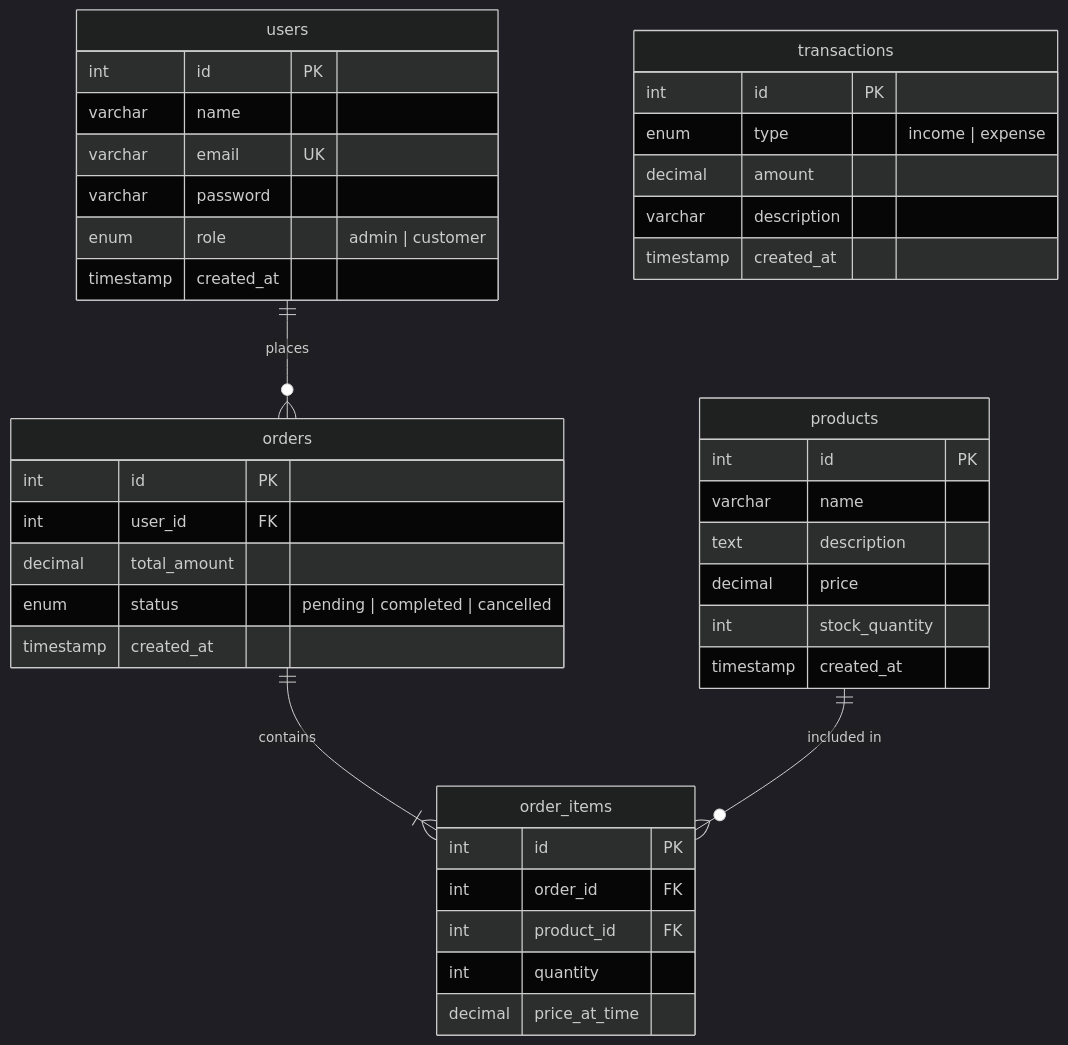
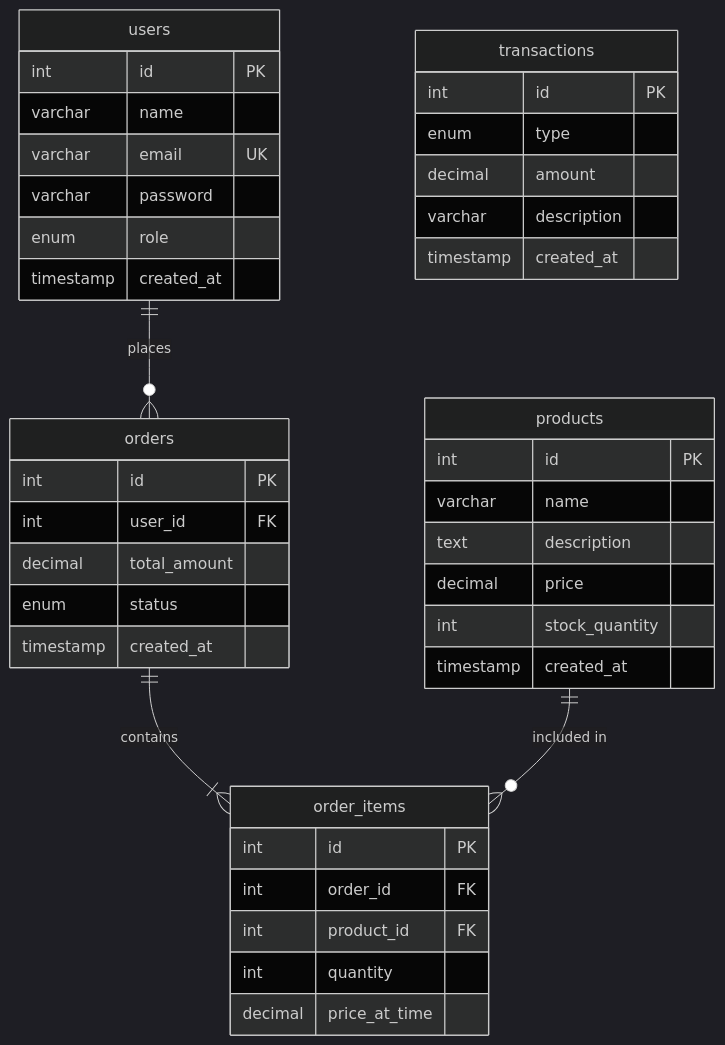
The diagram in README.md (shwet1808/GrocerEase), drawn with Mermaid (dark theme) before and after one commit. The commit also changed other lines of this file, not shown here.

````diff
--- a/README.md
+++ b/README.md
@@ -321,48 +224,48 @@
 ```mermaid
 erDiagram
     users ||--o{ orders : "places"
     orders ||--|{ order_items : "contains"
     products ||--o{ order_items : "included in"
 
     users {
         int id PK
         varchar name
         varchar email UK
         varchar password
-        enum role "admin | customer"
+        enum role
         timestamp created_at
     }
 
     products {
         int id PK
         varchar name
         text description
         decimal price
         int stock_quantity
         timestamp created_at
     }
 
     orders {
         int id PK
         int user_id FK
         decimal total_amount
-        enum status "pending | completed | cancelled"
+        enum status
         timestamp created_at
     }
 
     order_items {
         int id PK
         int order_id FK
         int product_id FK
         int quantity
         decimal price_at_time
     }
 
     transactions {
         int id PK
-        enum type "income | expense"
+        enum type
         decimal amount
         varchar description
         timestamp created_at
     }
 ```
````
